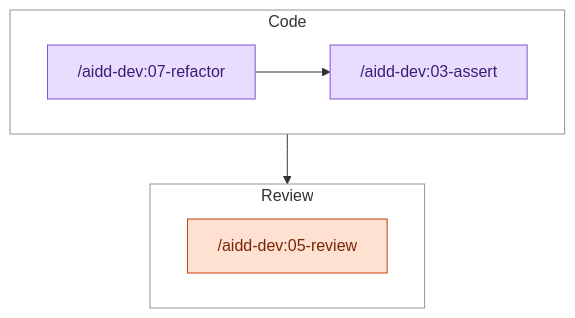
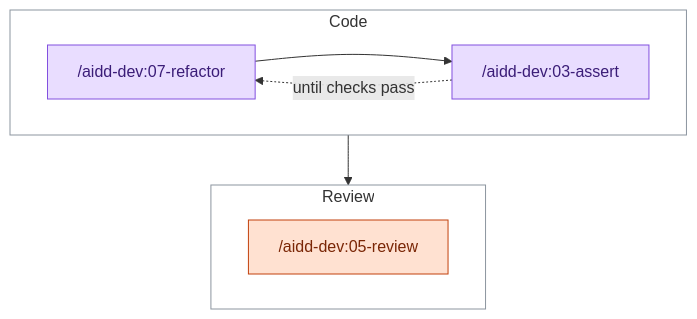
One commit to ai-driven-dev/framework changed the fourth of 7 diagrams in docs/GUIDES.md. Above: the diagram before and after it, drawn with Mermaid. The commit also changed other lines of this file, not shown here.

````diff
--- a/docs/GUIDES.md
+++ b/docs/GUIDES.md
@@ -168,24 +170,25 @@
 ```mermaid
 flowchart TD
   subgraph z0["Code"]
     direction LR
     n0["/aidd-dev:07-refactor"] --> n1["/aidd-dev:03-assert"]
+    n1 -. "until checks pass" .-> n0
   end
   subgraph z1["Review"]
     direction LR
     n2["/aidd-dev:05-review"]
   end
   z0 --> z1
   classDef spec fill:#cff4fc,stroke:#0b7285,color:#0b4a57
   classDef specOpt fill:#ffffff,stroke:#0b7285,stroke-dasharray:4 3,color:#0b4a57
   classDef code fill:#e9ddff,stroke:#8250df,color:#3b1d78
   classDef codeOpt fill:#ffffff,stroke:#6f42c1,stroke-dasharray:4 3,color:#3b1d78
   classDef ship fill:#ffe1d1,stroke:#c2410c,color:#7a2606
   classDef shipOpt fill:#ffffff,stroke:#c2410c,stroke-dasharray:4 3,color:#7a2606
   classDef plain fill:#ddf4ff,stroke:#0969da,color:#0a3069
   classDef plainOpt fill:#ffffff,stroke:#0969da,stroke-dasharray:4 3,color:#0a3069
   class n0,n1 code
   class n2 ship
   style z0 fill:none,stroke:#8c959f
   style z1 fill:none,stroke:#8c959f
 ```
````
